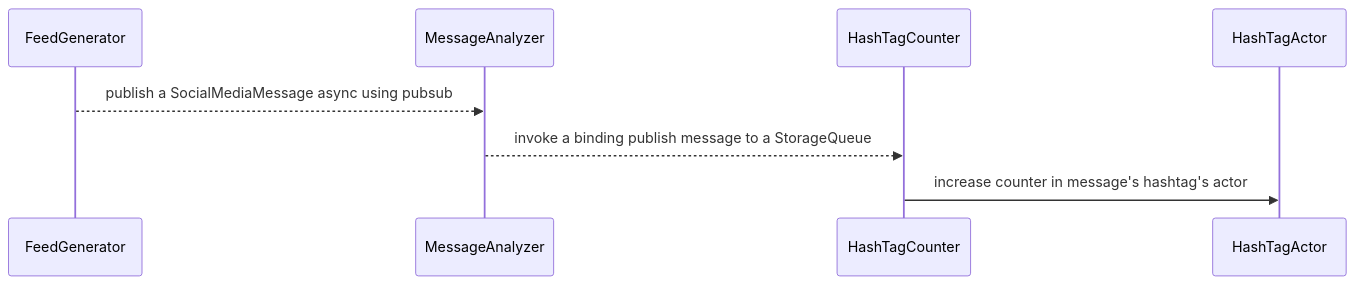
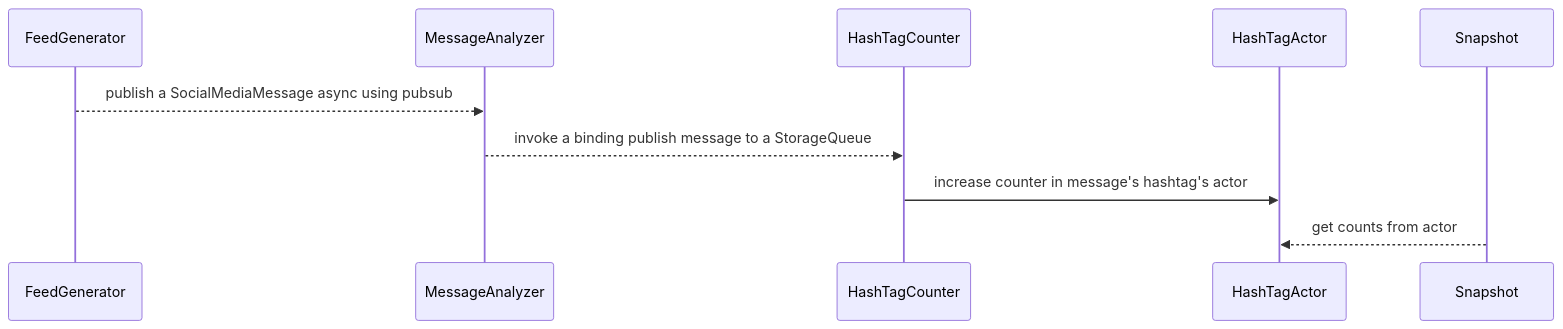
Before and after one commit to dapr/test-infra: the diagram in README.md, drawn with Mermaid. The commit also changed other lines of this file and 5 other files, not shown here.

````diff
--- a/README.md
+++ b/README.md
@@ -13,6 +13,8 @@
 ```mermaid
 sequenceDiagram
 FeedGenerator -->> MessageAnalyzer : publish a SocialMediaMessage async using pubsub
 MessageAnalyzer -->> HashTagCounter: invoke a binding publish message to a StorageQueue
 HashTagCounter ->> HashTagActor: increase counter in message's hashtag's actor
+
+Snapshot -->> HashTagActor: get counts from actor
 ```
````
